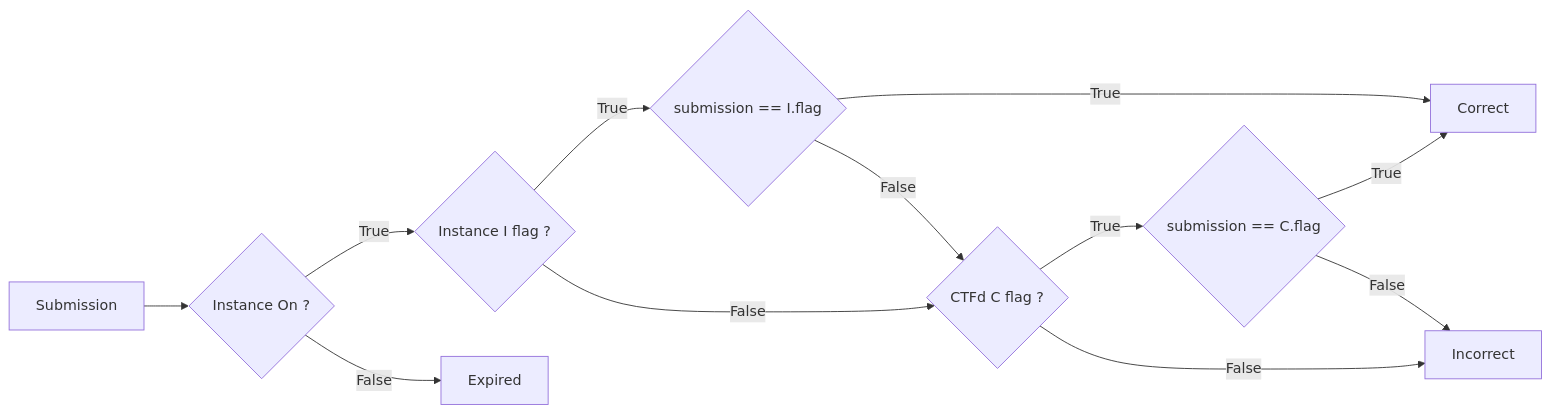
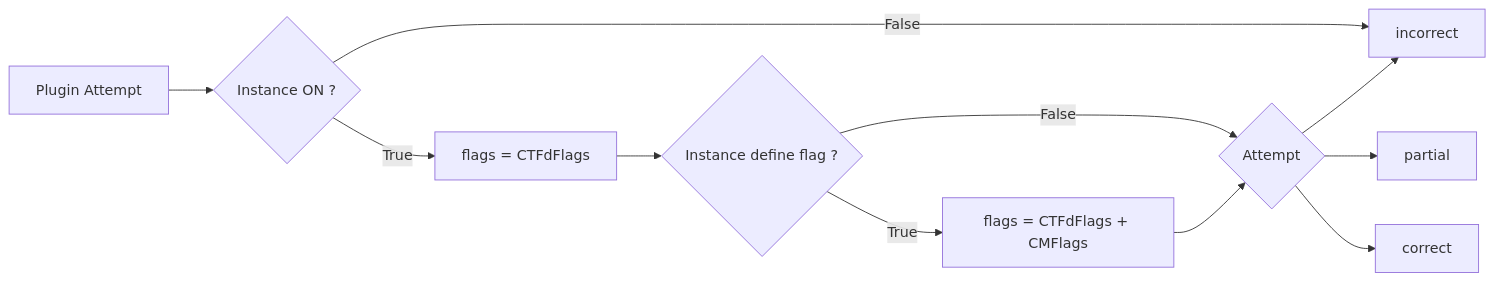
Before and after one commit to ctfer-io/ctfd-chall-manager: the diagram in webdocs/learn-more/flag/_index.md, drawn with Mermaid. The commit also changed other lines of this file and 14 other files, not shown here.

````diff
--- a/webdocs/learn-more/flag/_index.md
+++ b/webdocs/learn-more/flag/_index.md
@@ -26,21 +26,15 @@
 ```mermaid
 flowchart LR
-    Submission --> A{Instance On ?}
-    A -->|True| B{Instance I flag ?}
-    A -->|False| Expired
-    B -->|True| C{submission == I.flag}
-    B -->|False| D{CTFd C flag ?}
-    C -->|True| Correct
-    C -->|False| D
-    D -->|True| E{submission == C.flag}
-    D -->|False| Incorrect
-    E -->|True| Correct
-    E -->|False| Incorrect
-
-    %% I/O
-    Submission
-    Expired
-    Correct
-    Incorrect
+    A[Plugin Attempt] --> B{Instance ON ?}
+    B --> |False| F[incorrect]
+    B --> |True| G[flags = CTFdFlags ]
+    G --> H{Instance define flag ?}
+    H --> |False| C
+    H --> |True| I[flags = CTFdFlags + CMFlags ]
+    
+    I --> C{Attempt}
+    C --> D[partial]
+    C --> E[correct]
+    C --> F[incorrect]
 
 ``` 
````
